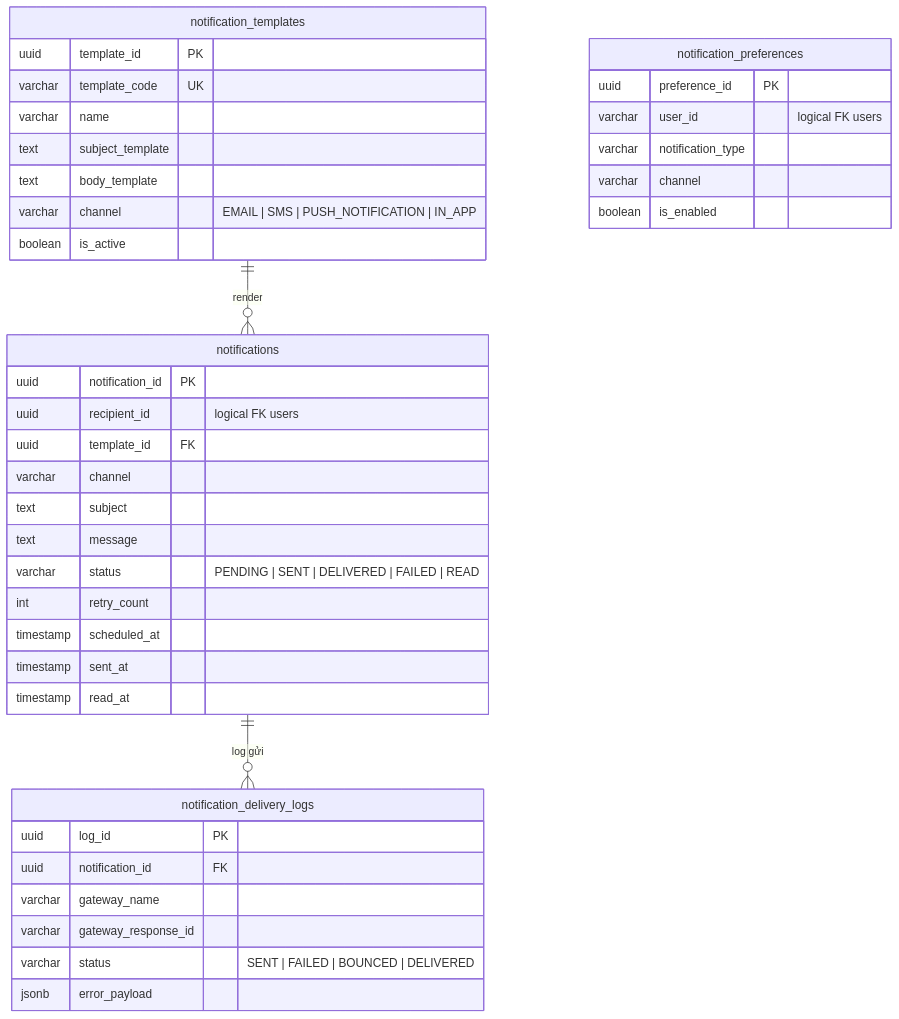
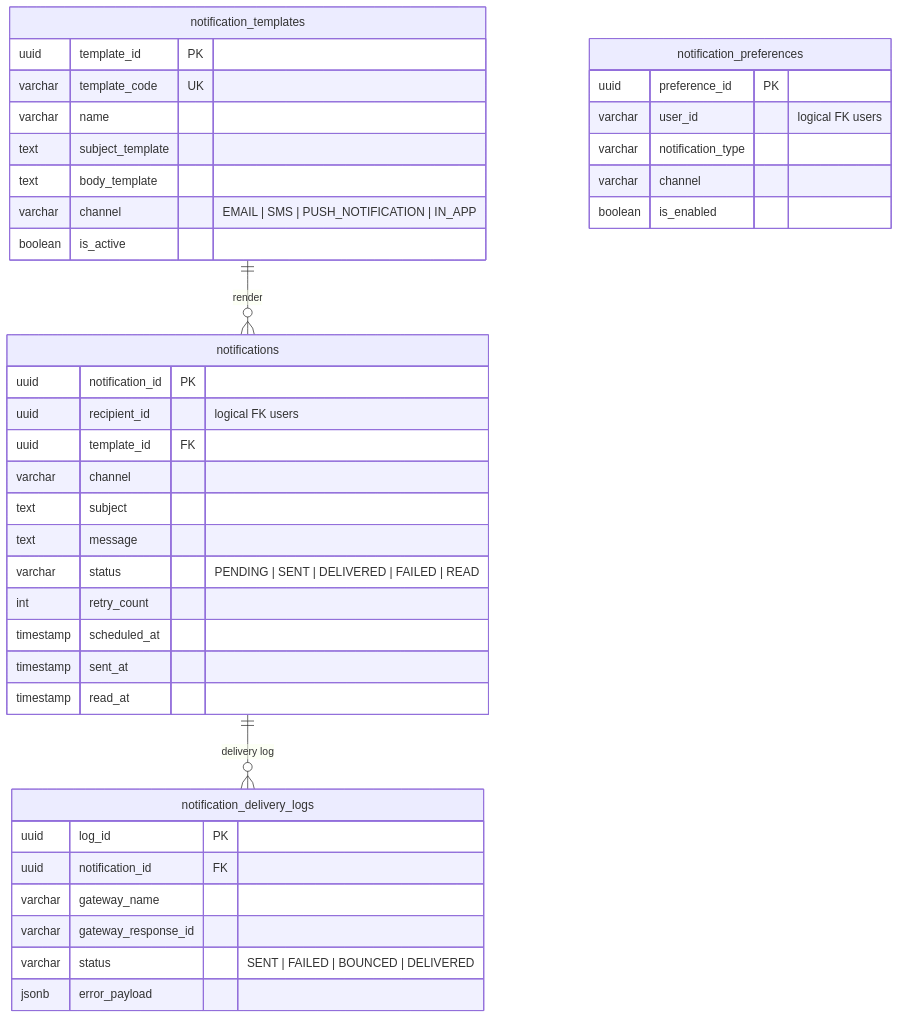
Before and after one commit to LTPPPP/Smart-Medical-Intelligent-Ledger-for-E-health-S.M.I.L.E-: the fourth of 9 diagrams in docs/architecture/erd.md, drawn with Mermaid. The commit also changed other lines of this file, not shown here.

First line of the commit message:
docs(erd): translate ERD diagram to English

````diff
--- a/docs/architecture/erd.md
+++ b/docs/architecture/erd.md
@@ -212,43 +212,43 @@
 ```mermaid
 erDiagram
     notification_templates ||--o{ notifications : "render"
-    notifications ||--o{ notification_delivery_logs : "log gửi"
+    notifications ||--o{ notification_delivery_logs : "delivery log"
 
     notification_templates {
         uuid template_id PK
         varchar template_code UK
         varchar name
         text subject_template
         text body_template
         varchar channel "EMAIL | SMS | PUSH_NOTIFICATION | IN_APP"
         boolean is_active
     }
     notifications {
         uuid notification_id PK
         uuid recipient_id "logical FK users"
         uuid template_id FK
         varchar channel
         text subject
         text message
         varchar status "PENDING | SENT | DELIVERED | FAILED | READ"
         int retry_count
         timestamp scheduled_at
         timestamp sent_at
         timestamp read_at
     }
     notification_delivery_logs {
         uuid log_id PK
         uuid notification_id FK
         varchar gateway_name
         varchar gateway_response_id
         varchar status "SENT | FAILED | BOUNCED | DELIVERED"
         jsonb error_payload
     }
     notification_preferences {
         uuid preference_id PK
         varchar user_id "logical FK users"
         varchar notification_type
         varchar channel
         boolean is_enabled
     }
 ```
````
